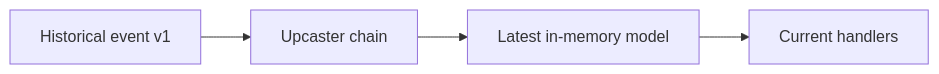
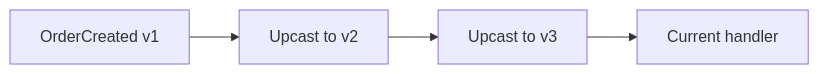
One commit to sandeepbhardwaj/sandeepbhardwaj.github.io changed the diagram in _posts/2026-06-20-kafka-event-versioning-upcasting-part-2.md. Above: the diagram before and after it, drawn with Mermaid. The commit also changed other lines of this file and 113 other files, not shown here.

````diff
--- a/_posts/2026-06-20-kafka-event-versioning-upcasting-part-2.md
+++ b/_posts/2026-06-20-kafka-event-versioning-upcasting-part-2.md
@@ -126,6 +36,6 @@
-        ```mermaid
+```mermaid
 flowchart LR
-    A[Historical event v1] --> B[Upcaster chain]
-    B --> C[Latest in-memory model]
-    C --> D[Current handlers]
+    A[OrderCreated v1] --> B[Upcast to v2]
+    B --> C[Upcast to v3]
+    C --> D[Current handler]
 ```
````
